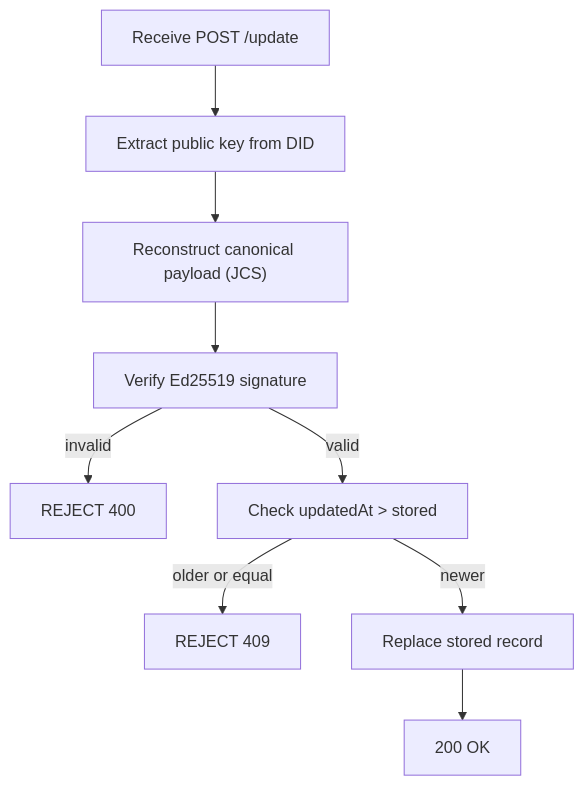
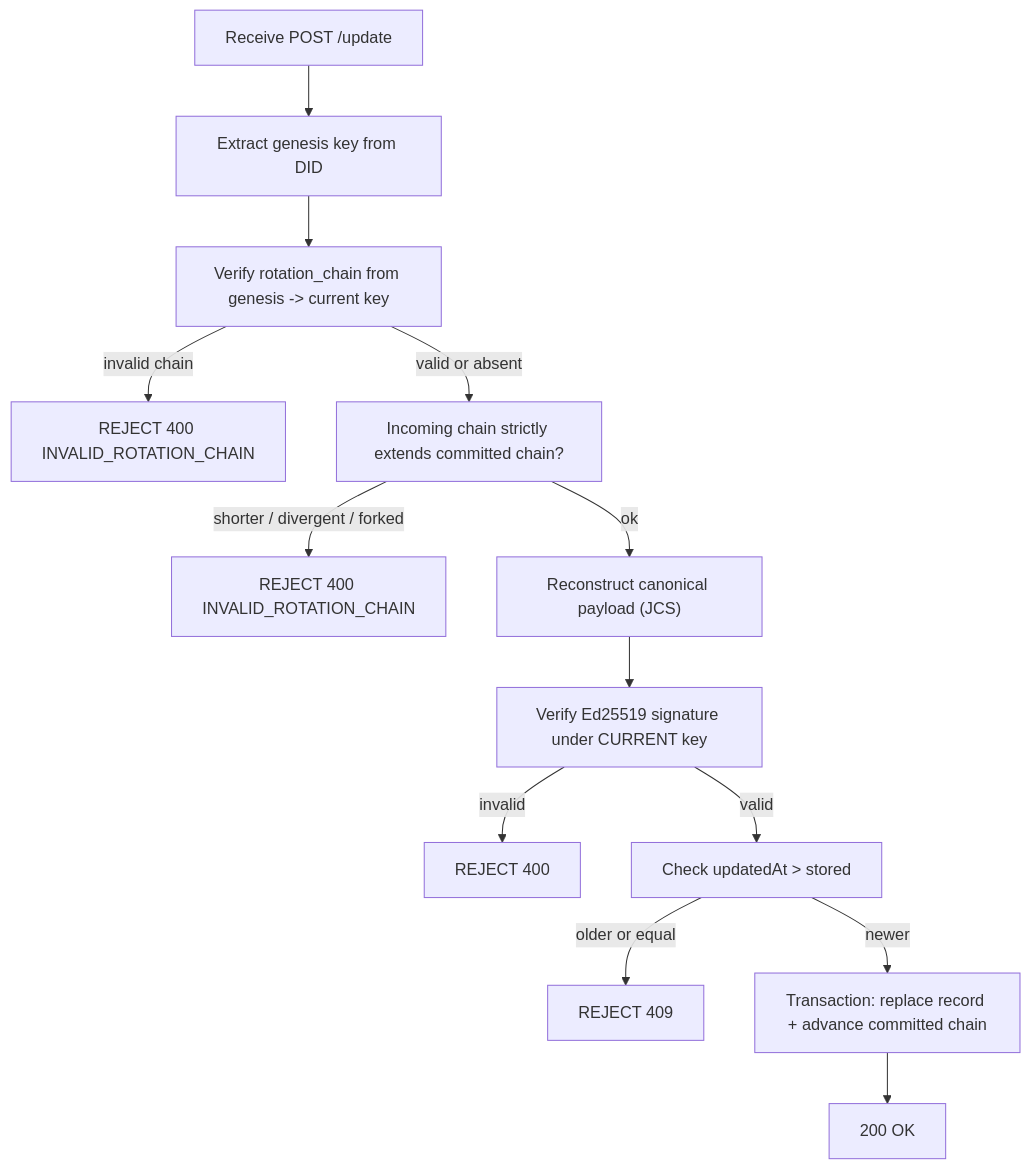
One commit to syr-is/syr changed the first of 2 diagrams in apps/docs/app/src/routes/architecture/registry-protocol/+page.md. Above: the diagram before and after it, drawn with Mermaid. The commit also changed other lines of this file and 59 other files, not shown here.

First line of the commit message:
Root-key rotation chain + verifiable signed exports; plural-registry framing (#57)

````diff
--- a/apps/docs/app/src/routes/architecture/registry-protocol/+page.md
+++ b/apps/docs/app/src/routes/architecture/registry-protocol/+page.md
@@ -161,11 +194,15 @@
 ```mermaid
 flowchart TD
-    Receive["Receive POST /update"] --> ExtractKey["Extract public key from DID"]
-    ExtractKey --> Canonicalize["Reconstruct canonical payload (JCS)"]
-    Canonicalize --> VerifySig["Verify Ed25519 signature"]
+    Receive["Receive POST /update"] --> ExtractKey["Extract genesis key from DID"]
+    ExtractKey --> VerifyChain["Verify rotation_chain from genesis -> current key"]
+    VerifyChain -->|invalid chain| RejectChain["REJECT 400 INVALID_ROTATION_CHAIN"]
+    VerifyChain -->|valid or absent| CheckPrefix["Incoming chain strictly extends committed chain?"]
+    CheckPrefix -->|shorter / divergent / forked| RejectRollback["REJECT 400 INVALID_ROTATION_CHAIN"]
+    CheckPrefix -->|ok| Canonicalize["Reconstruct canonical payload (JCS)"]
+    Canonicalize --> VerifySig["Verify Ed25519 signature under CURRENT key"]
     VerifySig -->|invalid| Reject["REJECT 400"]
     VerifySig -->|valid| CheckTimestamp["Check updatedAt > stored"]
     CheckTimestamp -->|older or equal| RejectStale["REJECT 409"]
-    CheckTimestamp -->|newer| Store["Replace stored record"]
+    CheckTimestamp -->|newer| Store["Transaction: replace record + advance committed chain"]
     Store --> OK["200 OK"]
 ```
````
